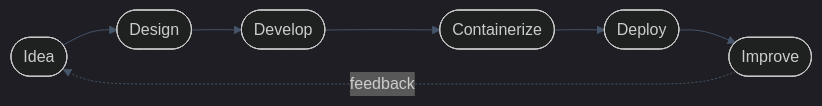
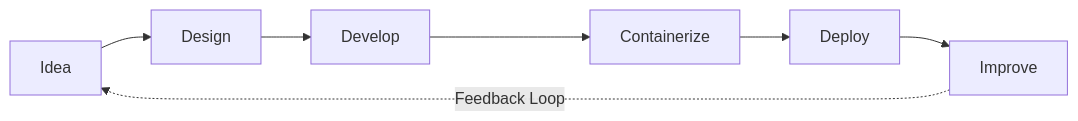
The first of 2 diagrams in README.md (pramdevgan01/pramdevgan01), drawn with Mermaid before and after one commit. The commit also changed other lines of this file and 2 other files, not shown here.

````diff
--- a/README.md
+++ b/README.md
@@ -43,6 +74,5 @@
 ```mermaid
-%%{init: {'theme':'dark','themeVariables':{'primaryColor':'#0b1220','primaryTextColor':'#e2e8f0','primaryBorderColor':'#67e8f9','lineColor':'#475569'}}}%%
 flowchart LR
-A([Idea]) --> B([Design]) --> C([Develop]) --> D([Containerize]) --> E([Deploy]) --> F([Improve])
-F -. feedback .-> A
+A[Idea] --> B[Design] --> C[Develop] --> D[Containerize] --> E[Deploy] --> F[Improve]
+F -. Feedback Loop .-> A
 ```
````
